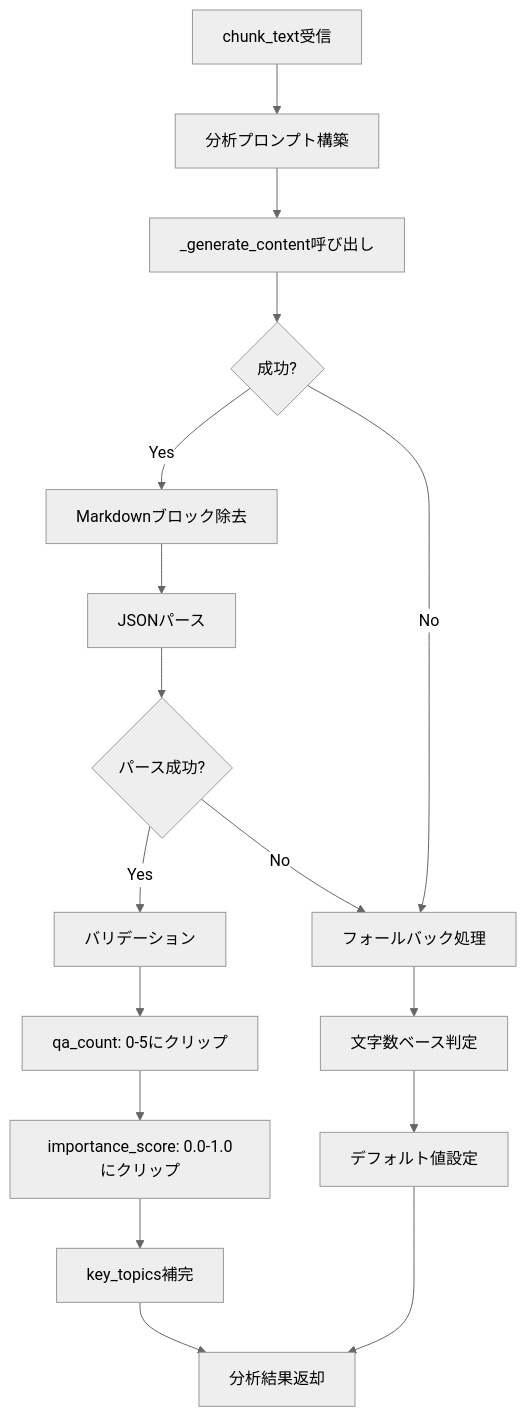
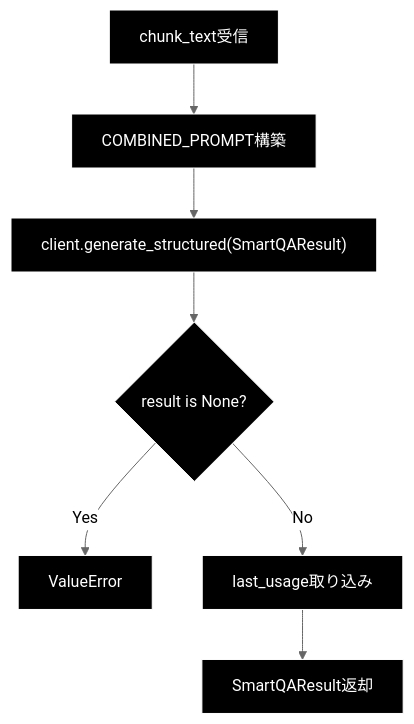
The fourth of 6 diagrams in qa_generation/doc/smart_qa_generator.md (nakashima2toshio/anthropic_grace_agent_v2), drawn with Mermaid (neutral theme) before and after one commit. The commit also changed other lines of this file and 14 other files, not shown here.

````diff
--- a/qa_generation/doc/smart_qa_generator.md
+++ b/qa_generation/doc/smart_qa_generator.md
@@ -243,19 +241,12 @@
 ```mermaid
 flowchart TD
-    A[chunk_text受信] --> B[分析プロンプト構築]
-    B --> C[_generate_content呼び出し]
-    C --> D{成功?}
-    D -->|Yes| E[Markdownブロック除去]
-    E --> F[JSONパース]
-    F --> G{パース成功?}
-    G -->|Yes| H[バリデーション]
-    H --> I[qa_count: 0-5にクリップ]
-    I --> J[importance_score: 0.0-1.0にクリップ]
-    J --> K[key_topics補完]
-    K --> L[分析結果返却]
-    D -->|No| M[フォールバック処理]
-    G -->|No| M
-    M --> N[文字数ベース判定]
-    N --> O[デフォルト値設定]
-    O --> L
+    A[chunk_text受信] --> B[COMBINED_PROMPT構築]
+    B --> C["client.generate_structured(SmartQAResult)"]
+    C --> D{result is None?}
+    D -->|Yes| E[ValueError]
+    D -->|No| F[last_usage取り込み]
+    F --> G[SmartQAResult返却]
+classDef default fill:#000,stroke:#fff,color:#fff
+classDef subgraphStyle fill:#1a1a1a,stroke:#fff,color:#fff
+class A,B,C,D,E,F,G default
 ```
````
